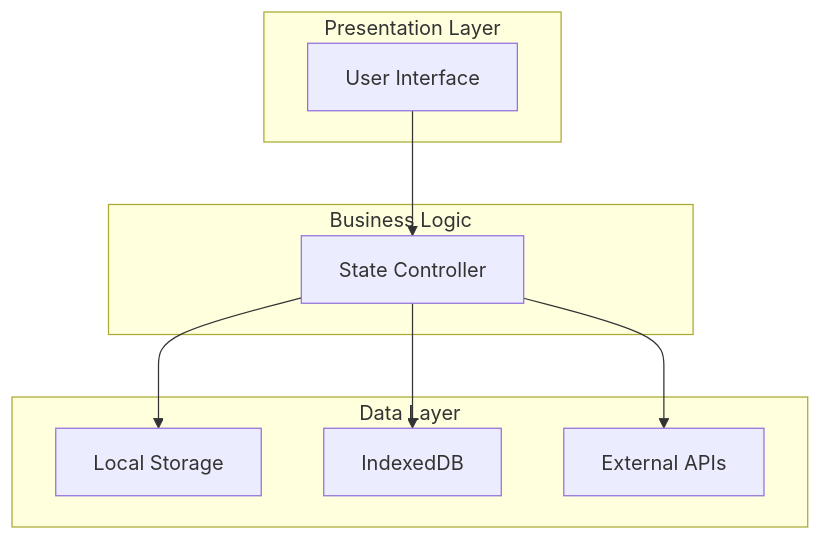
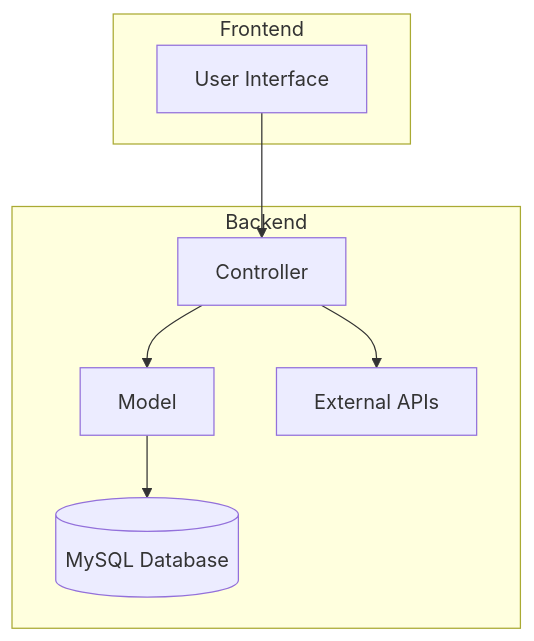
One commit to hermesthecat/odeme_takip changed the first of 4 diagrams in memory-bank/systemPatterns.md. Above: the diagram before and after it, drawn with Mermaid. The commit also changed other lines of this file and 5 other files, not shown here.

Commit message:
Refactor project documentation to reflect transition from PWA to PHP/MySQL architecture, update core functionality, and enhance user authentication details.

````diff
--- a/memory-bank/systemPatterns.md
+++ b/memory-bank/systemPatterns.md
@@ -8,21 +8,19 @@
 ```mermaid
 graph TD
-    UI[User Interface] --> SC[State Controller]
-    SC --> LS[Local Storage]
-    SC --> IDB[IndexedDB]
-    SC --> API[External APIs]
+    UI[User Interface] --> C[Controller]
+    C --> M[Model]
+    M --> DB[(MySQL Database)]
+    API[External APIs]
+    C --> API
     
-    subgraph Data Layer
-        LS
-        IDB
+    subgraph Backend
+        C
+        M
+        DB
         API
     end
     
-    subgraph Business Logic
-        SC
-    end
-    
-    subgraph Presentation Layer
+    subgraph Frontend
         UI
     end
 ```
````
